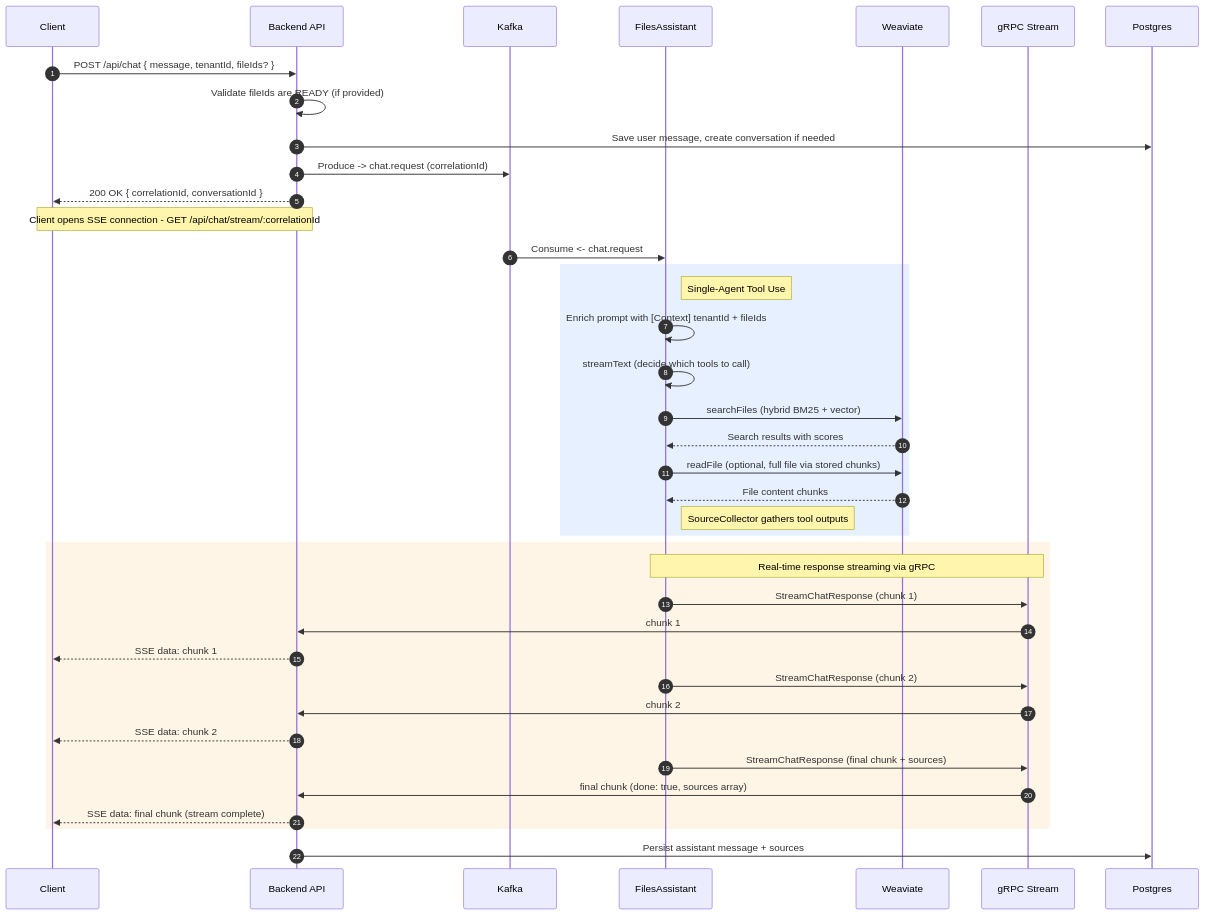
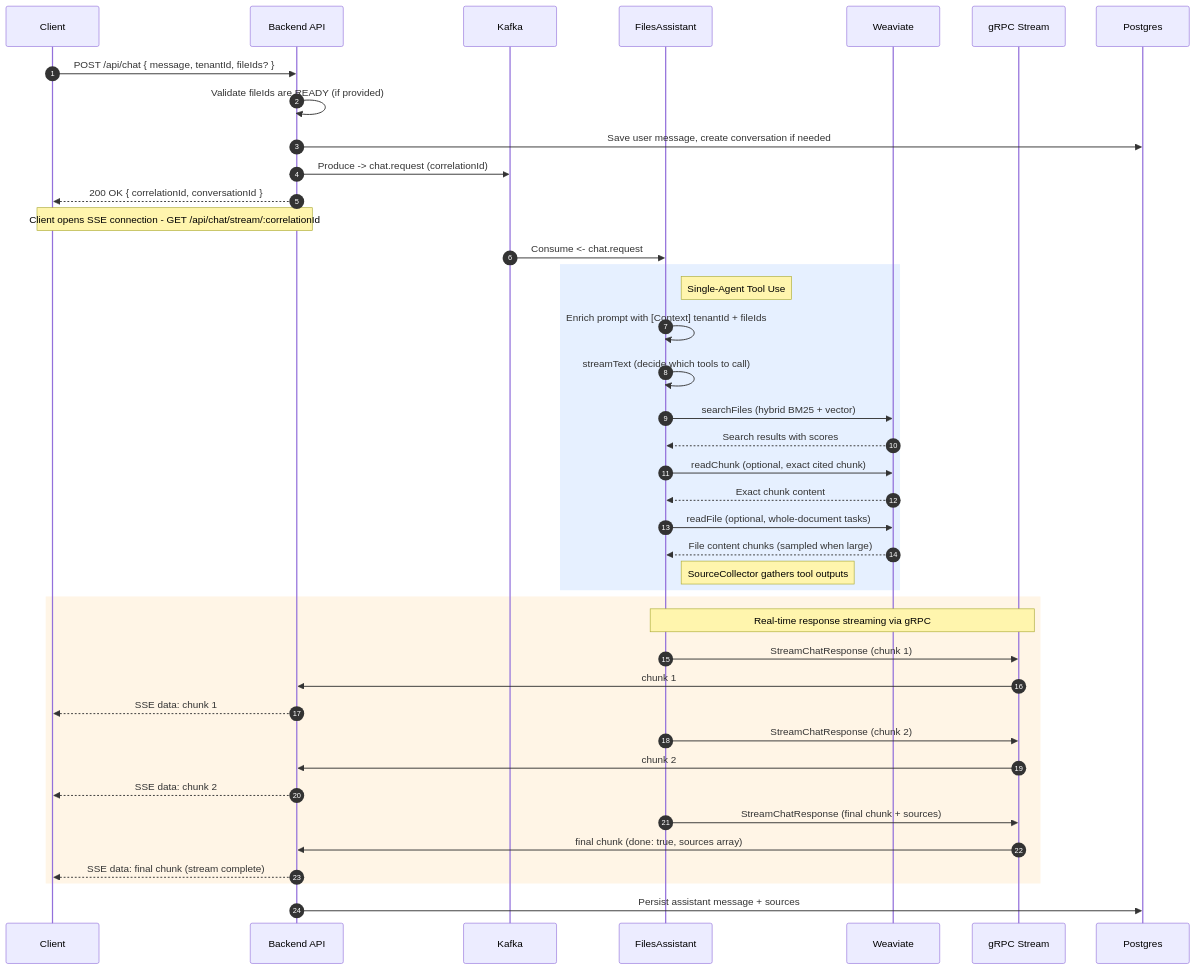
One commit to JackTran15/files-assistant-system changed the third of 6 diagrams in docs/scenarios.md. Above: the diagram before and after it, drawn with Mermaid. The commit also changed other lines of this file and 11 other files, not shown here.

First line of the commit message:
feat: add readChunk tool for exact chunk retrieval and enhance citation handling

````diff
--- a/docs/scenarios.md
+++ b/docs/scenarios.md
@@ -143,49 +145,51 @@
 ```mermaid
 sequenceDiagram
     autonumber
     participant Client
     participant Backend as Backend API
     participant Kafka
     participant Agent as FilesAssistant
     participant Weaviate
     participant gRPC as gRPC Stream
     participant Postgres
 
     Client->>Backend: POST /api/chat { message, tenantId, fileIds? }
     Backend->>Backend: Validate fileIds are READY (if provided)
     Backend->>Postgres: Save user message, create conversation if needed
     Backend->>Kafka: Produce -> chat.request (correlationId)
     Backend-->>Client: 200 OK { correlationId, conversationId }
 
     Note over Client,Backend: Client opens SSE connection - GET /api/chat/stream/:correlationId
 
     Kafka->>Agent: Consume <- chat.request
 
     rect rgb(230, 240, 255)
         Note right of Agent: Single-Agent Tool Use
         Agent->>Agent: Enrich prompt with [Context] tenantId + fileIds
         Agent->>Agent: streamText (decide which tools to call)
         Agent->>Weaviate: searchFiles (hybrid BM25 + vector)
         Weaviate-->>Agent: Search results with scores
-        Agent->>Weaviate: readFile (optional, full file via stored chunks)
-        Weaviate-->>Agent: File content chunks
+        Agent->>Weaviate: readChunk (optional, exact cited chunk)
+        Weaviate-->>Agent: Exact chunk content
+        Agent->>Weaviate: readFile (optional, whole-document tasks)
+        Weaviate-->>Agent: File content chunks (sampled when large)
         Note right of Agent: SourceCollector gathers tool outputs
     end
 
     rect rgb(255, 245, 230)
         Note over Agent,gRPC: Real-time response streaming via gRPC
         Agent->>gRPC: StreamChatResponse (chunk 1)
         gRPC->>Backend: chunk 1
         Backend-->>Client: SSE data: chunk 1
 
         Agent->>gRPC: StreamChatResponse (chunk 2)
         gRPC->>Backend: chunk 2
         Backend-->>Client: SSE data: chunk 2
 
         Agent->>gRPC: StreamChatResponse (final chunk + sources)
         gRPC->>Backend: final chunk (done: true, sources array)
         Backend-->>Client: SSE data: final chunk (stream complete)
     end
 
     Backend->>Postgres: Persist assistant message + sources
 ```
````
